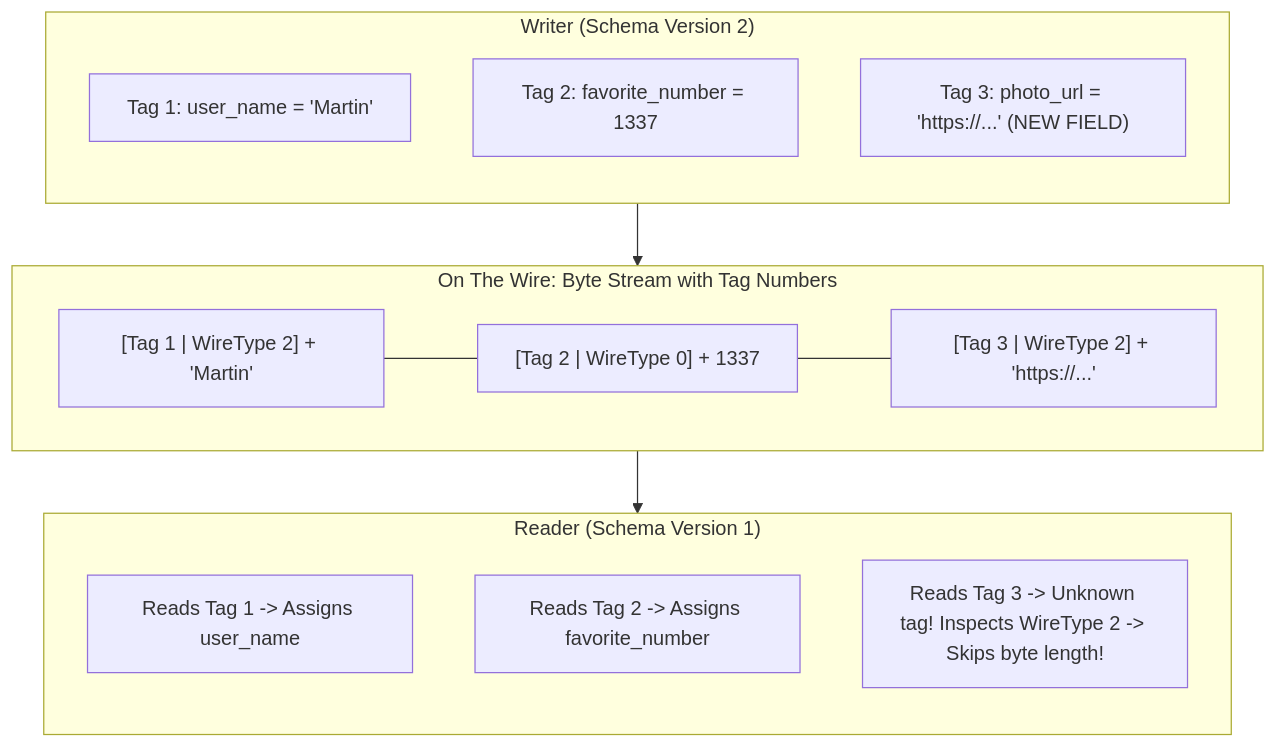
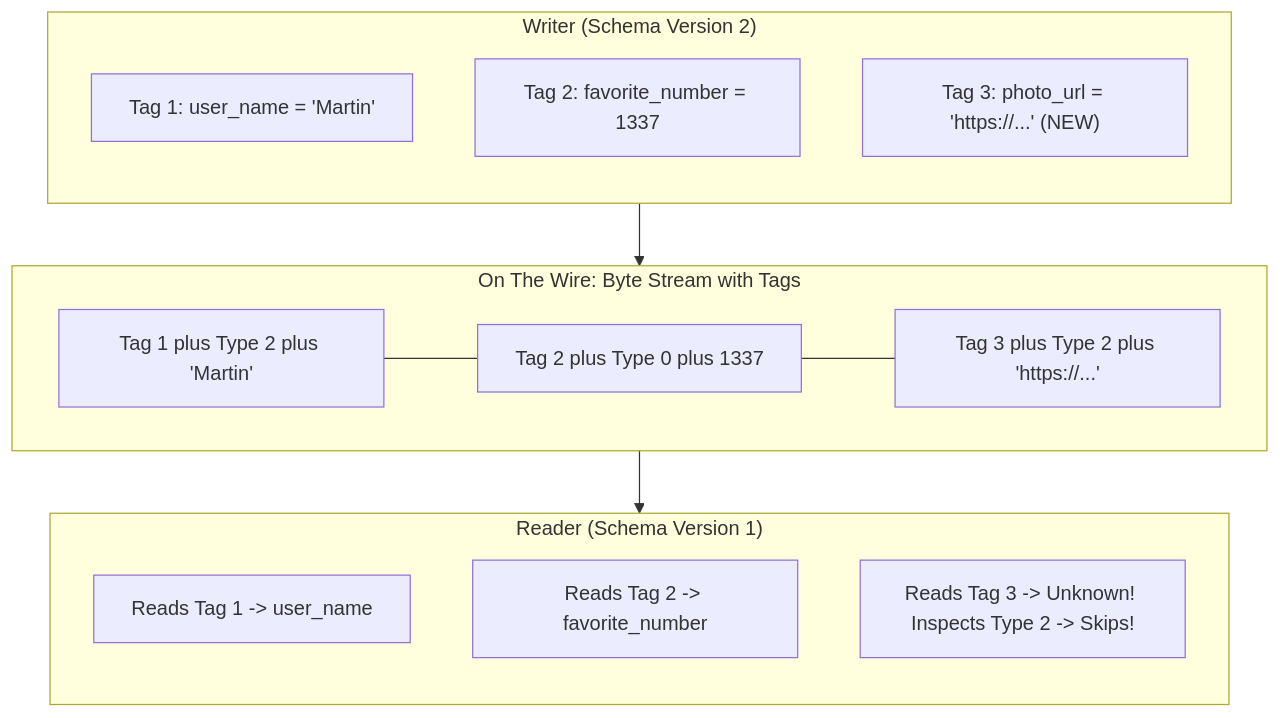
One commit to 1mimhe/books-summery changed the fifth of 8 diagrams in 01 Designing Data-Intensive Applications/chapter-05-encoding-and-evolution.md. Above: the diagram before and after it, drawn with Mermaid. The commit also changed other lines of this file and 1 other file, not shown here.

````diff
--- a/01 Designing Data-Intensive Applications/chapter-05-encoding-and-evolution.md
+++ b/01 Designing Data-Intensive Applications/chapter-05-encoding-and-evolution.md
@@ -384,27 +290,24 @@
 ```mermaid
 flowchart TD
   subgraph WRITER["Writer (Schema Version 2)"]
     direction TB
     W1["Tag 1: user_name = 'Martin'"]
     W2["Tag 2: favorite_number = 1337"]
-    W3["Tag 3: photo_url = 'https://...' (NEW FIELD)"]
+    W3["Tag 3: photo_url = 'https://...' (NEW)"]
   end
-
-  subgraph WIRE["On The Wire: Byte Stream with Tag Numbers"]
+  subgraph WIRE["On The Wire: Byte Stream with Tags"]
     direction LR
-    P1["[Tag 1 | WireType 2] + 'Martin'"]
-    P2["[Tag 2 | WireType 0] + 1337"]
-    P3["[Tag 3 | WireType 2] + 'https://...'"]
+    P1["Tag 1 plus Type 2 plus 'Martin'"]
+    P2["Tag 2 plus Type 0 plus 1337"]
+    P3["Tag 3 plus Type 2 plus 'https://...'"]
     P1 --- P2 --- P3
   end
-
   subgraph READER["Reader (Schema Version 1)"]
     direction TB
-    R1["Reads Tag 1 -> Assigns user_name"]
-    R2["Reads Tag 2 -> Assigns favorite_number"]
-    R3["Reads Tag 3 -> Unknown tag! Inspects WireType 2 -> Skips byte length!"]
+    R1["Reads Tag 1 -> user_name"]
+    R2["Reads Tag 2 -> favorite_number"]
+    R3["Reads Tag 3 -> Unknown! Inspects Type 2 -> Skips!"]
   end
-
   WRITER --> WIRE
   WIRE --> READER
 ```
````
